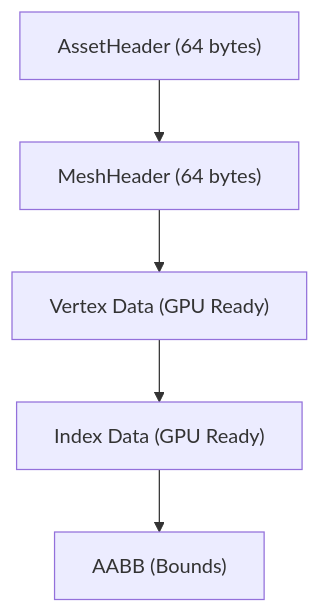
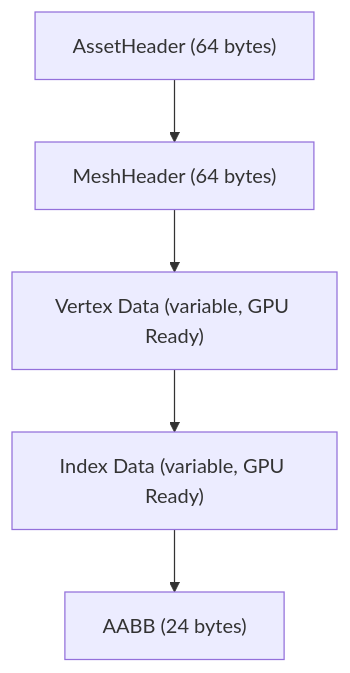
One commit to doomtr666/devlog changed the diagram in content/fr/posts/i3-baker-asset-loading.md. Above: the diagram before and after it, drawn with Mermaid. The commit also changed other lines of this file and 4 other files, not shown here.

````diff
--- a/content/fr/posts/i3-baker-asset-loading.md
+++ b/content/fr/posts/i3-baker-asset-loading.md
@@ -33,12 +36,13 @@
 ```mermaid
 graph TD
     H1["AssetHeader (64 bytes)"]
     H2["MeshHeader (64 bytes)"]
-    V["Vertex Data (GPU Ready)"]
-    I["Index Data (GPU Ready)"]
-    A["AABB (Bounds)"]
+    V["Vertex Data (variable, GPU Ready)"]
+    I["Index Data (variable, GPU Ready)"]
+    A["AABB (24 bytes)"]
+
     H1 --> H2
     H2 --> V
     V --> I
     I --> A
 ```
````
